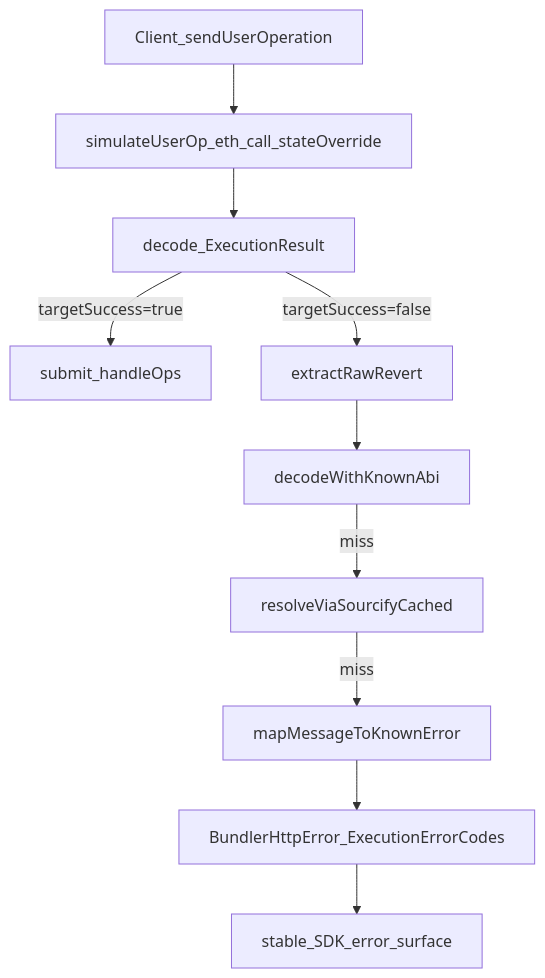
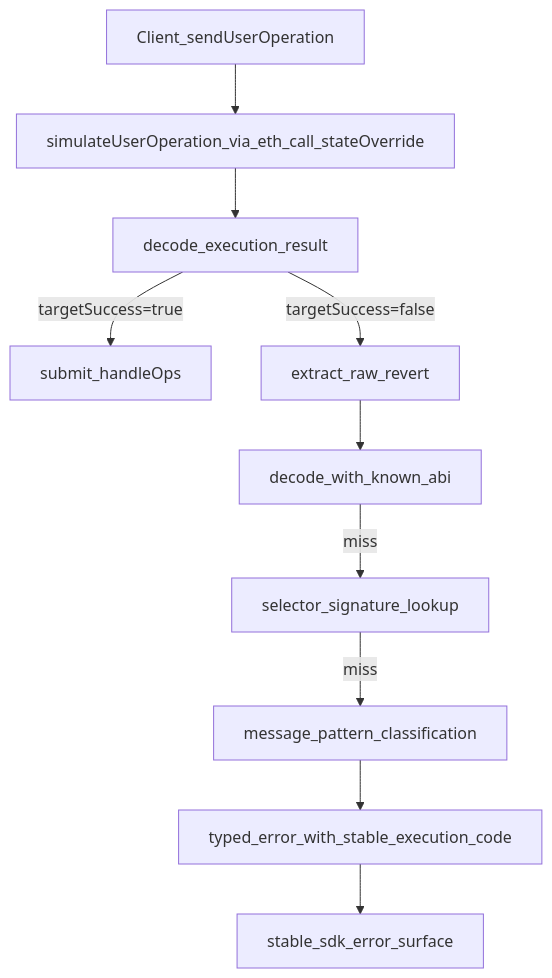
The diagram in posts/from-simulatehandleop-revert-bytes-to-stable-sdk-execution-codes.md (joepegler/pegler.web.services), drawn with Mermaid before and after one commit. The commit also changed other lines of this file, not shown here.

First line of the commit message:
Generalize simulateHandleOp post for public readers.

````diff
--- a/posts/from-simulatehandleop-revert-bytes-to-stable-sdk-execution-codes.md
+++ b/posts/from-simulatehandleop-revert-bytes-to-stable-sdk-execution-codes.md
@@ -231,12 +231,12 @@
 ```mermaid
 flowchart TD
-    clientReq[Client_sendUserOperation] --> simCall[simulateUserOp_eth_call_stateOverride]
-    simCall --> execDecode[decode_ExecutionResult]
+    clientReq[Client_sendUserOperation] --> simCall[simulateUserOperation_via_eth_call_stateOverride]
+    simCall --> execDecode[decode_execution_result]
     execDecode -->|"targetSuccess=true"| submitOps[submit_handleOps]
-    execDecode -->|"targetSuccess=false"| rawExtract[extractRawRevert]
-    rawExtract --> knownDecode[decodeWithKnownAbi]
-    knownDecode -->|"miss"| sourcifyDecode[resolveViaSourcifyCached]
-    sourcifyDecode -->|"miss"| patternFallback[mapMessageToKnownError]
-    patternFallback --> typedError[BundlerHttpError_ExecutionErrorCodes]
-    typedError --> sdkContract[stable_SDK_error_surface]
+    execDecode -->|"targetSuccess=false"| rawExtract[extract_raw_revert]
+    rawExtract --> knownDecode[decode_with_known_abi]
+    knownDecode -->|"miss"| signatureFallback[selector_signature_lookup]
+    signatureFallback -->|"miss"| patternFallback[message_pattern_classification]
+    patternFallback --> typedError[typed_error_with_stable_execution_code]
+    typedError --> sdkContract[stable_sdk_error_surface]
 ```
````
